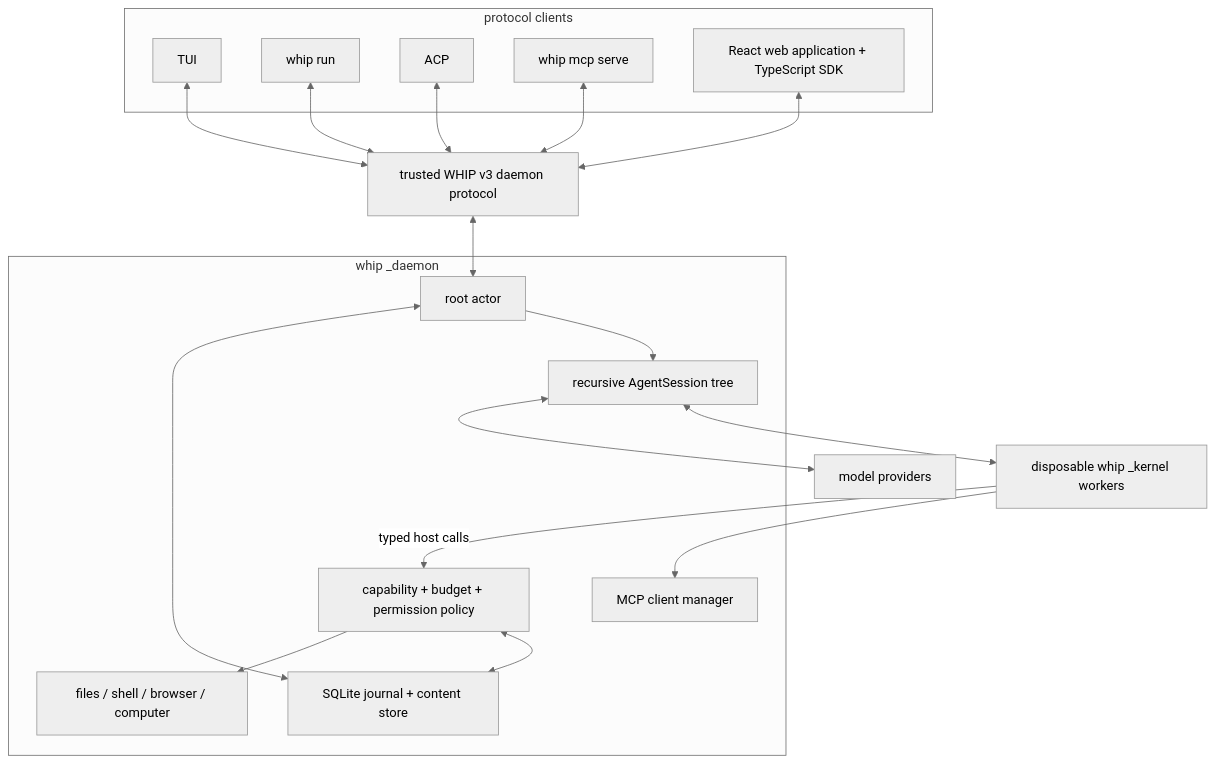
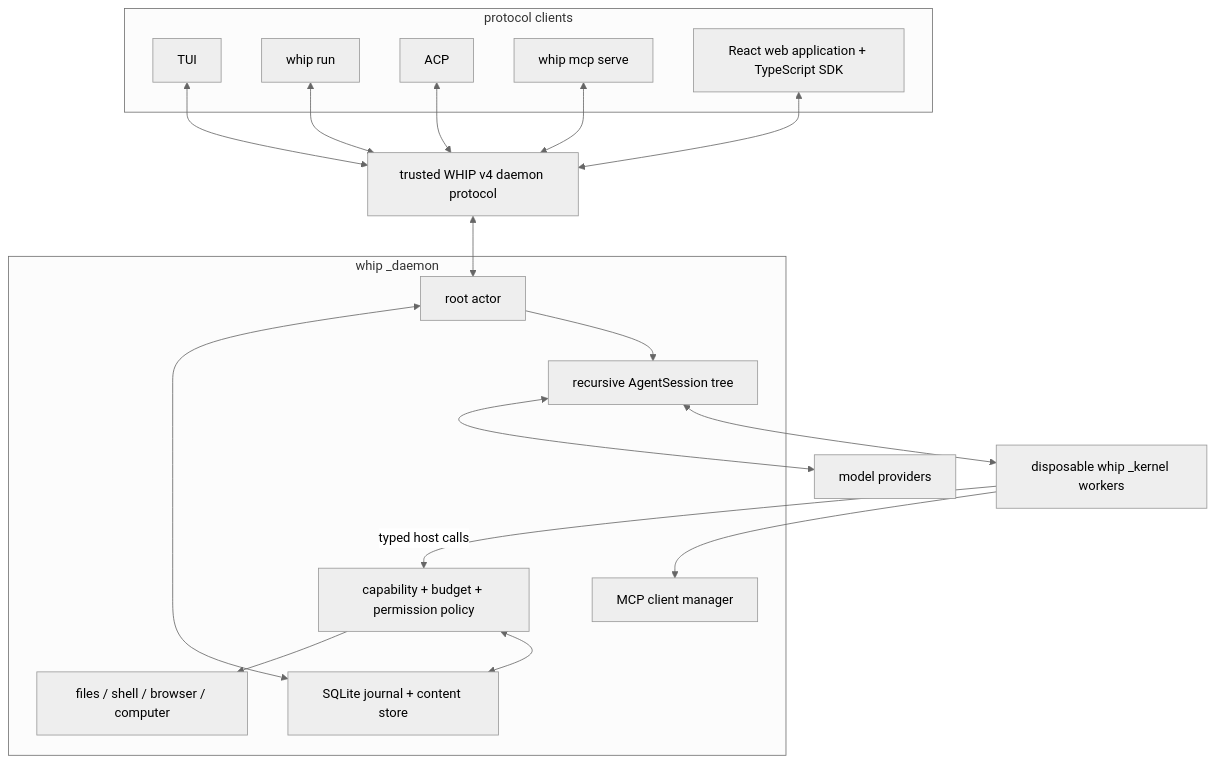
The first of 2 diagrams in docs/architecture.md (context-labs/whip), drawn with Mermaid (neutral theme) before and after one commit. The commit also changed other lines of this file and 304 other files, not shown here.

````diff
--- a/docs/architecture.md
+++ b/docs/architecture.md
@@ -15,34 +19,34 @@
 ```mermaid
 flowchart TB
     subgraph clients["protocol clients"]
         TUI["TUI"]
         RUN["whip run"]
         ACP["ACP"]
         BRIDGE["whip mcp serve"]
         WEB["React web application + TypeScript SDK"]
     end
 
-    RPC["trusted WHIP v3 daemon protocol"]
+    RPC["trusted WHIP v4 daemon protocol"]
 
     subgraph daemon["whip _daemon"]
         ROOT["root actor"]
         TREE["recursive AgentSession tree"]
         POLICY["capability + budget + permission policy"]
         SERVICES["files / shell / browser / computer"]
         MCP["MCP client manager"]
         STORE["SQLite journal + content store"]
     end
 
     KERNELS["disposable whip _kernel workers"]
     MODELS["model providers"]
 
     TUI & RUN & ACP & BRIDGE & WEB <--> RPC <--> ROOT
     ROOT <--> STORE
     ROOT --> TREE
     TREE <--> MODELS
     TREE <--> KERNELS
     KERNELS -->|typed host calls| POLICY
     POLICY --> SERVICES
     KERNELS --> MCP
     POLICY <--> STORE
 ```
````
